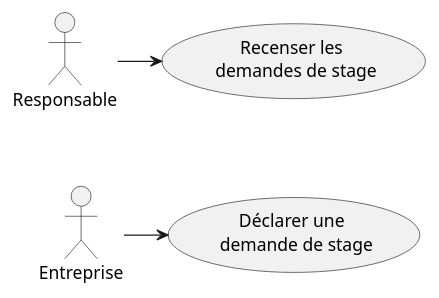
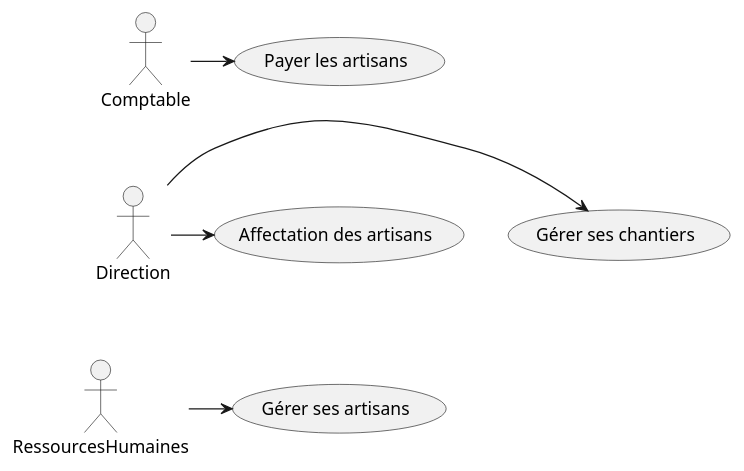
The diagram in uc.plantuml (IUT-Blagnac/r2-01-conception-td5-StrandeadFox), drawn with PlantUML before and after one commit.

Commit message:
issue1 fix

```diff
--- a/uc.plantuml
+++ b/uc.plantuml
@@ -1,15 +1,26 @@
 @startuml issue1
 
-usecase r as "Recenser les \n demandes de stage"
-usecase d as "Déclarer une \n demande de stage"
+usecase c as "Gérer ses chantiers"
+usecase g as "Gérer ses artisans"
+usecase a as "Affectation des artisans"
+usecase p as "Payer les artisans"
 
-actor Responsable
-actor Entreprise 
+actor Direction
+actor RessourcesHumaines
+actor Comptable
 
 'Pour aligner les 2 acteurs :
-r -[hidden]-> d
+a -[hidden]-> g
+p -[hidden]-> a
 
-Responsable -> r
-Entreprise -> d
+Direction -> c
+Direction -> a
+
+RessourcesHumaines -> g
+
+
+Comptable -> p
+
+
 
 @enduml
```
